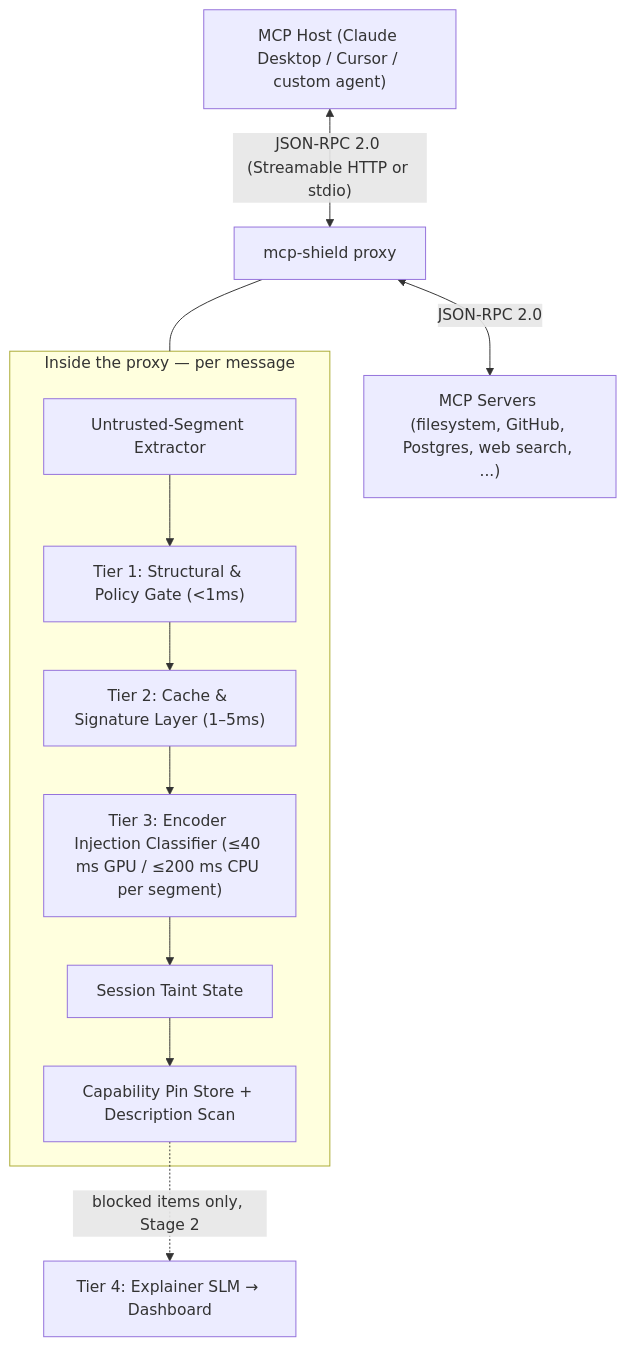
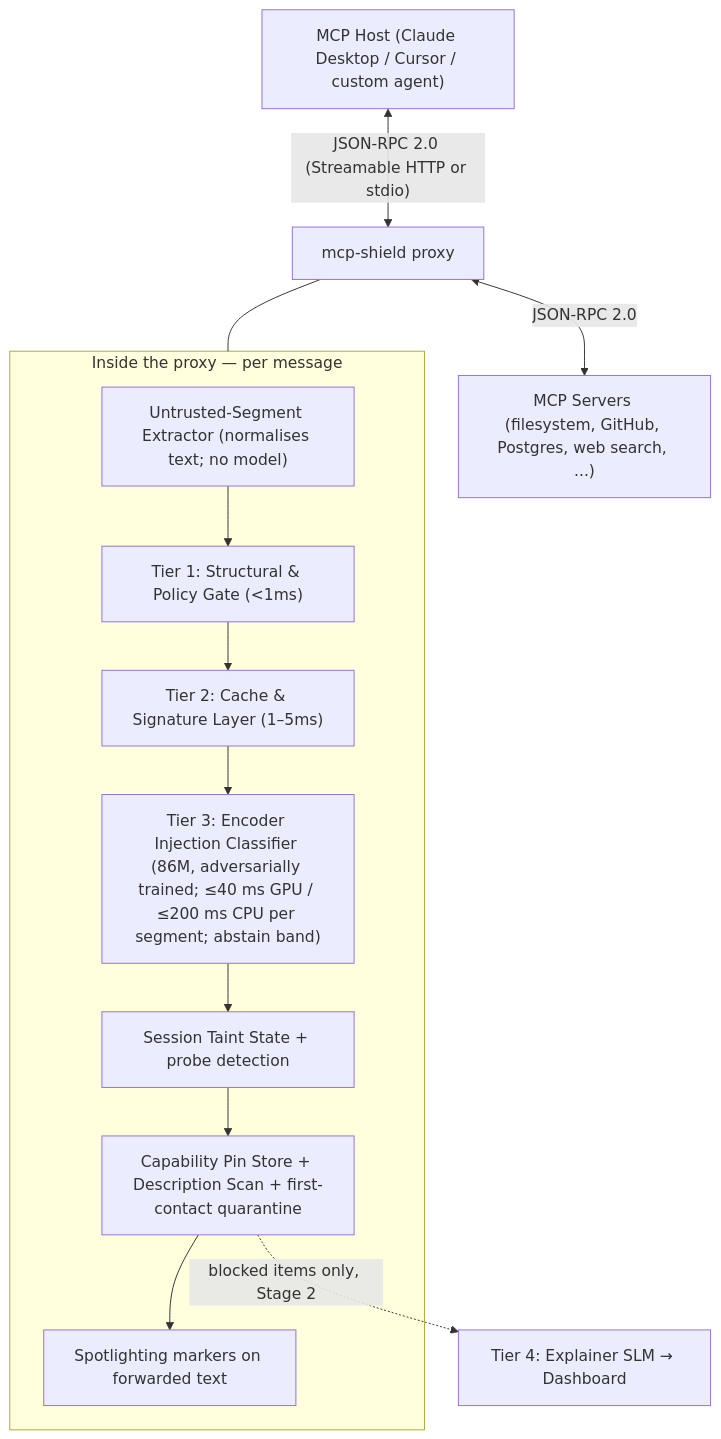
The diagram in 00 - Master Architecture & Overview.md (rishikeshvarma/MCP-Shield), drawn with Mermaid before and after one commit. The commit also changed other lines of this file and 6 other files, not shown here.

First line of the commit message:
Re-sync every cascade diagram and the README with the current design

````diff
--- a/00 - Master Architecture & Overview.md
+++ b/00 - Master Architecture & Overview.md
@@ -68,16 +68,17 @@
 ```mermaid
 graph TD
     Host["MCP Host (Claude Desktop / Cursor / custom agent)"] <-->|"JSON-RPC 2.0 (Streamable HTTP or stdio)"| Proxy["mcp-shield proxy"]
     Proxy <-->|"JSON-RPC 2.0"| Servers["MCP Servers (filesystem, GitHub, Postgres, web search, ...)"]
 
     subgraph Inside["Inside the proxy — per message"]
-        Ext["Untrusted-Segment Extractor"] --> T1["Tier 1: Structural & Policy Gate (<1ms)"]
+        Ext["Untrusted-Segment Extractor (normalises text; no model)"] --> T1["Tier 1: Structural & Policy Gate (<1ms)"]
         T1 --> T2["Tier 2: Cache & Signature Layer (1–5ms)"]
-        T2 --> T3["Tier 3: Encoder Injection Classifier (≤40 ms GPU / ≤200 ms CPU per segment)"]
-        T3 --> Taint["Session Taint State"]
-        Taint --> Pin["Capability Pin Store + Description Scan"]
+        T2 --> T3["Tier 3: Encoder Injection Classifier (86M, adversarially trained; ≤40 ms GPU / ≤200 ms CPU per segment; abstain band)"]
+        T3 --> Taint["Session Taint State + probe detection"]
+        Taint --> Pin["Capability Pin Store + Description Scan + first-contact quarantine"]
+        Pin --> Spot["Spotlighting markers on forwarded text"]
     end
 
     Proxy --- Inside
     Pin -.->|"blocked items only, Stage 2"| T4["Tier 4: Explainer SLM → Dashboard"]
 ```
````
